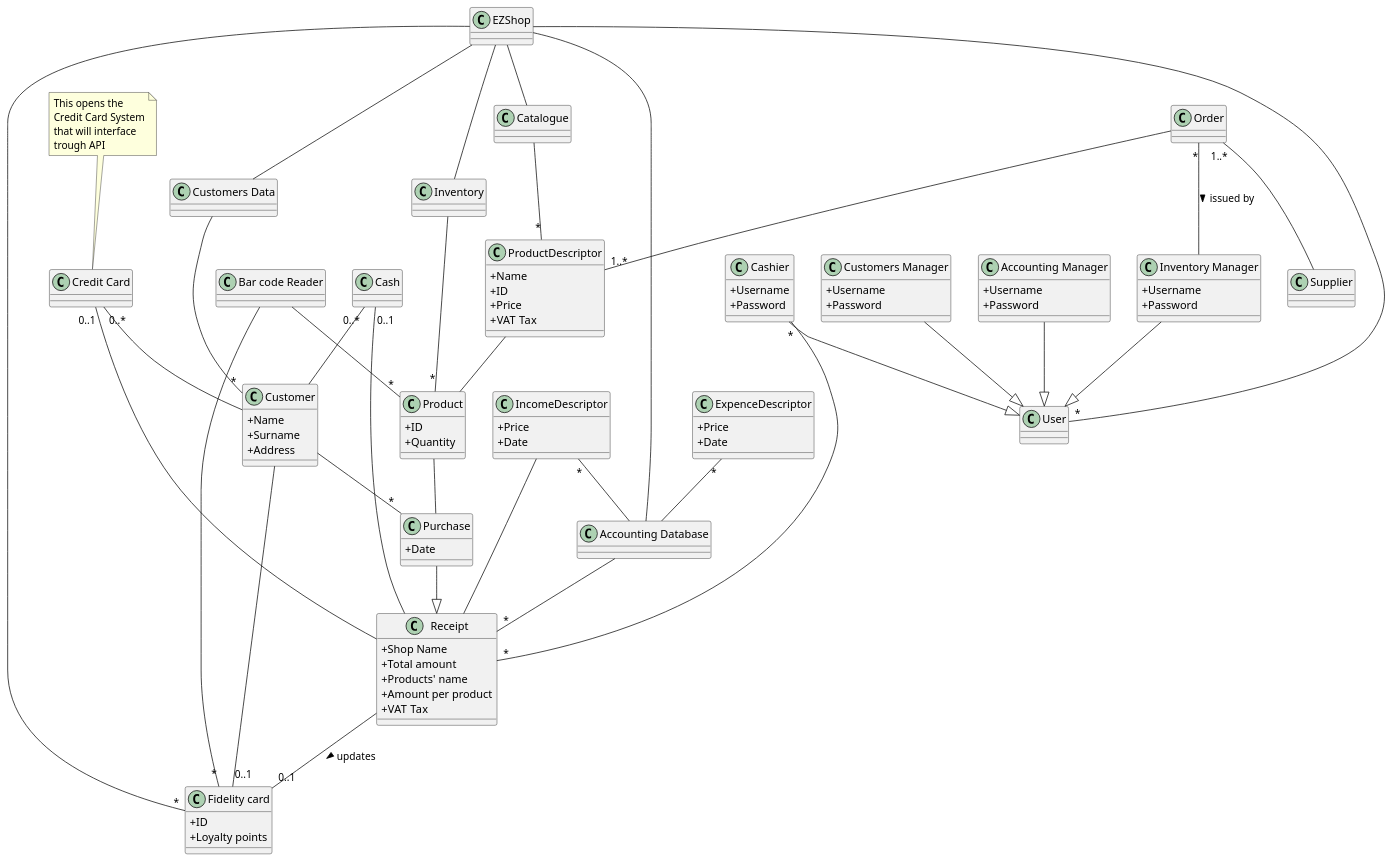
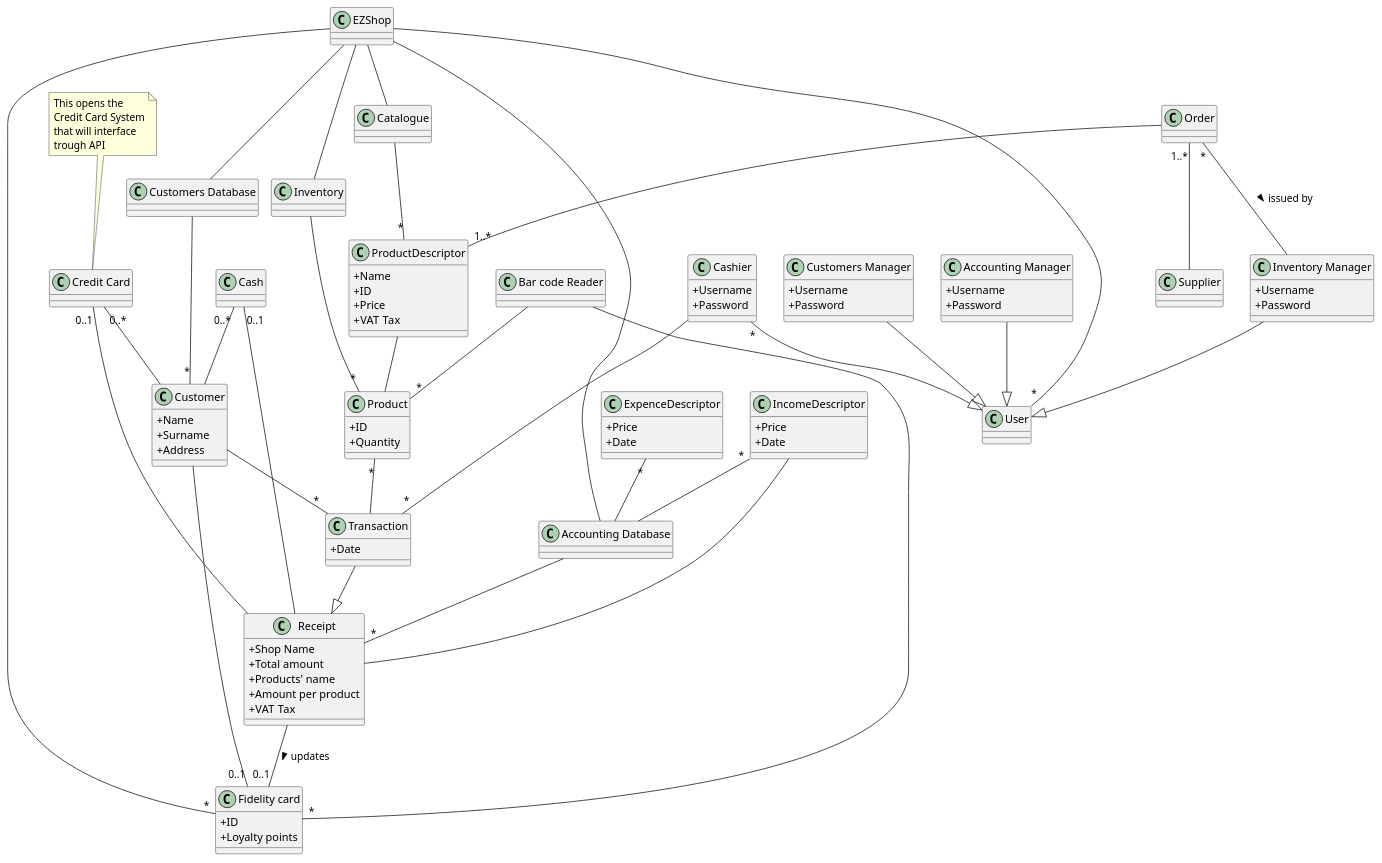
Before and after one commit to GrayNeel/SoftEngProject-EZShop: the third of 5 diagrams in Deliverables/RequirementsDocument.md, drawn with PlantUML.

Commit message:
fix(Requirements): quick fix

```diff
--- a/Deliverables/RequirementsDocument.md
+++ b/Deliverables/RequirementsDocument.md
@@ -483,7 +483,7 @@
 	+Quantity
 }
 
-class "Purchase" as pu {
+class "Transaction" as pu {
 	+Date
 }
 
@@ -512,7 +512,7 @@
 	+VAT Tax
 }
 
-class "Customers Data" as cd {
+class "Customers Database" as cd {
 }
 
 class "Order" as o {
@@ -563,12 +563,12 @@
 cm --|> u
 am --|> u
 
-c -- "*" r
+c -- "*" pu
 ca -- "*" pd
 
 i --"*" p
 pd -- p
-p -- pu
+p "*" -- pu
 pu --|> r
 cu -- "*" pu
 cd -- "*" cu
```
